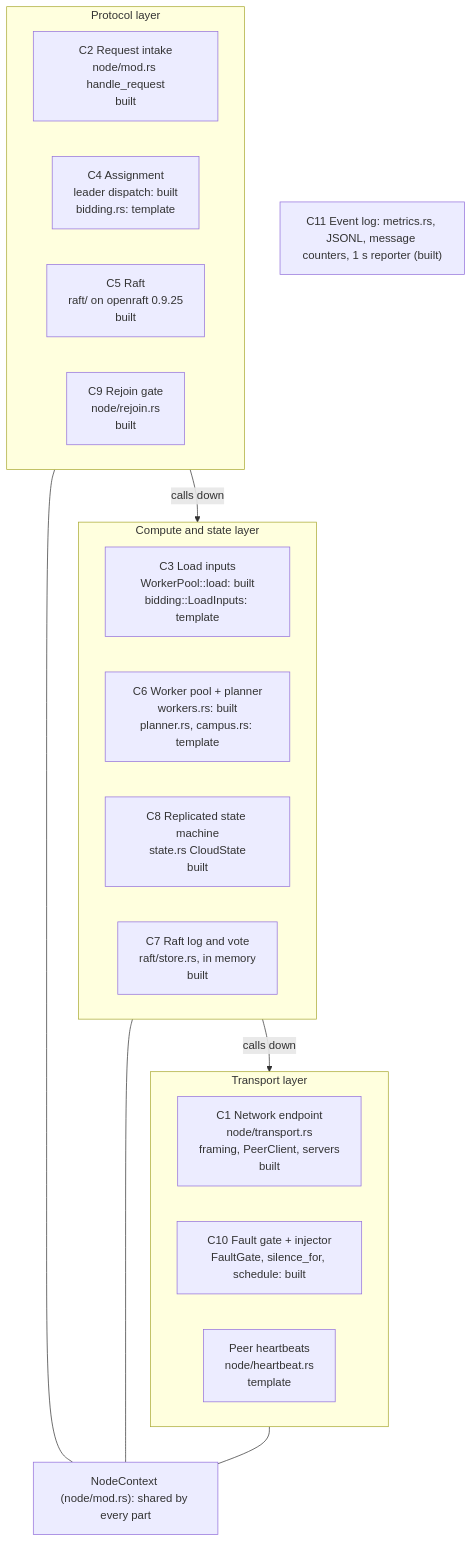
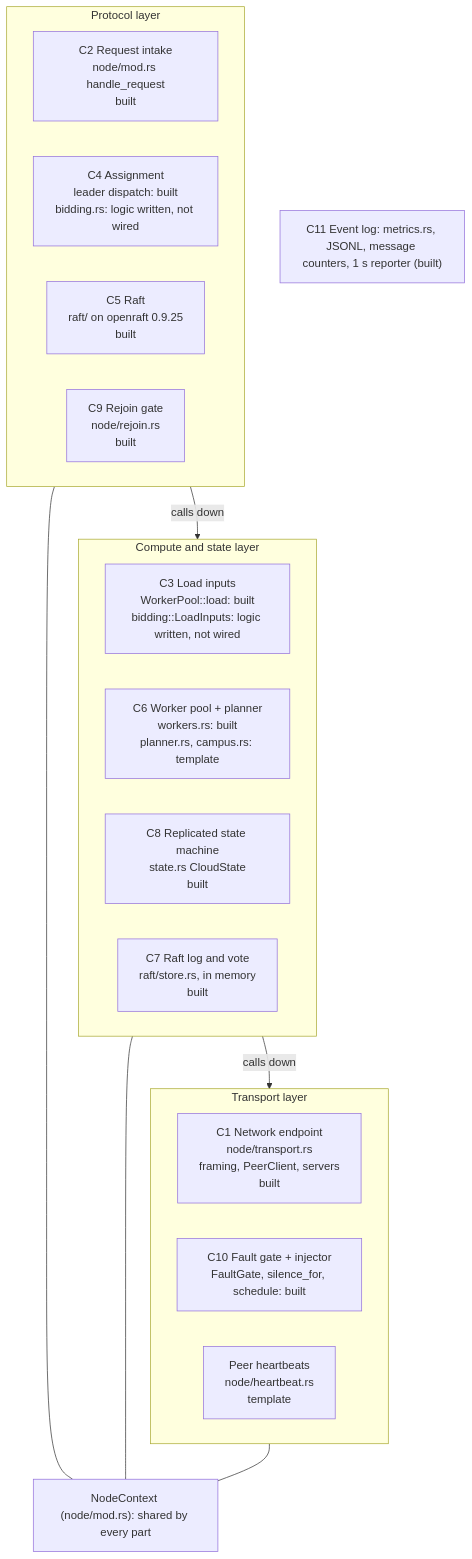
The second of 26 diagrams in docs/architecture.md (noortaytoy1/DistributedSystems), drawn with Mermaid before and after one commit. The commit also changed other lines of this file and 2 other files, not shown here.

First line of the commit message:
Implement bid rounds, load scores and planning time

````diff
--- a/docs/architecture.md
+++ b/docs/architecture.md
@@ -126,30 +126,30 @@
 ```mermaid
 flowchart TB
     subgraph TR["Transport layer"]
         direction LR
         C1["C1 Network endpoint<br/>node/transport.rs<br/>framing, PeerClient, servers<br/>built"]
         C10["C10 Fault gate + injector<br/>FaultGate, silence_for, schedule: built"]
         HB["Peer heartbeats<br/>node/heartbeat.rs<br/>template"]
     end
     subgraph PR["Protocol layer"]
         direction LR
         C2["C2 Request intake<br/>node/mod.rs handle_request<br/>built"]
-        C4["C4 Assignment<br/>leader dispatch: built<br/>bidding.rs: template"]
+        C4["C4 Assignment<br/>leader dispatch: built<br/>bidding.rs: logic written, not wired"]
         C5["C5 Raft<br/>raft/ on openraft 0.9.25<br/>built"]
         C9["C9 Rejoin gate<br/>node/rejoin.rs<br/>built"]
     end
     subgraph CS["Compute and state layer"]
         direction LR
-        C3["C3 Load inputs<br/>WorkerPool::load: built<br/>bidding::LoadInputs: template"]
+        C3["C3 Load inputs<br/>WorkerPool::load: built<br/>bidding::LoadInputs: logic written, not wired"]
         C6["C6 Worker pool + planner<br/>workers.rs: built<br/>planner.rs, campus.rs: template"]
         C8["C8 Replicated state machine<br/>state.rs CloudState<br/>built"]
         C7["C7 Raft log and vote<br/>raft/store.rs, in memory<br/>built"]
     end
     C11["C11 Event log: metrics.rs, JSONL, message counters, 1 s reporter (built)"]
     CTX["NodeContext (node/mod.rs): shared by every part"]
     PR -->|calls down| CS
     CS -->|calls down| TR
     PR --- CTX
     CS --- CTX
     TR --- CTX
 ```
````
